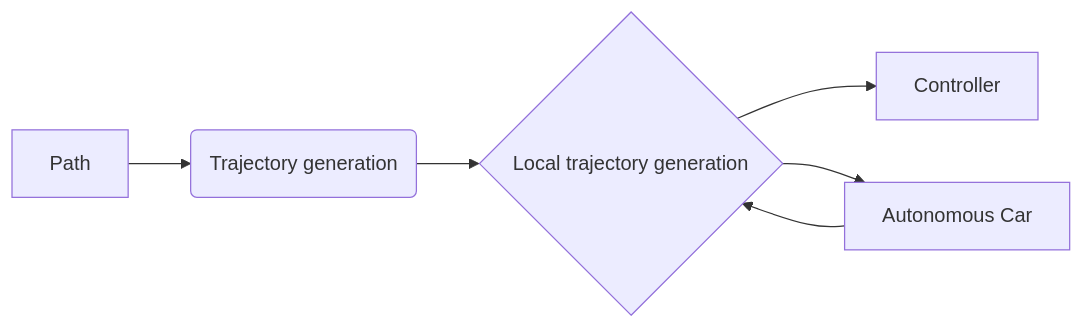
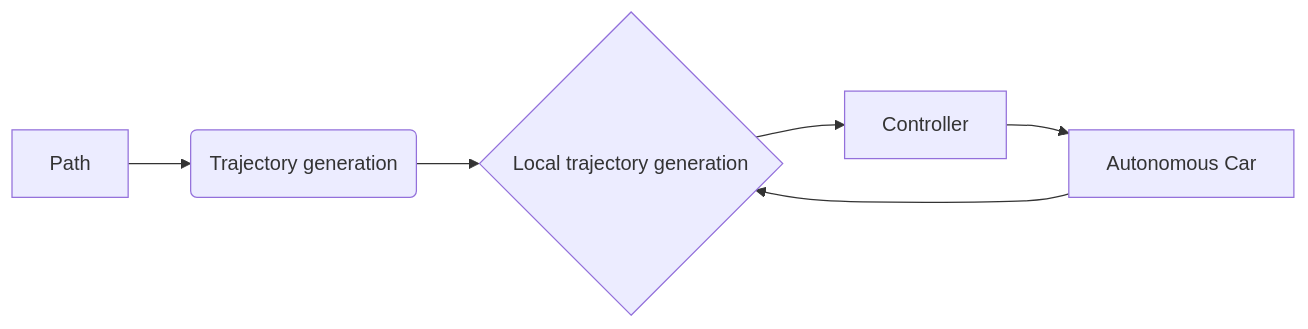
The diagram in README.md (duynamrcv/car_tracking), drawn with Mermaid before and after one commit.

Commit message:
Add structure

````diff
--- a/README.md
+++ b/README.md
@@ -3,8 +3,8 @@
 ```mermaid
 flowchart LR
     A[Path] --> B(Trajectory generation)
     B --> C{Local trajectory generation}
     C --> D[Controller]
-    C --> E[Autonomous Car]
+    D --> E[Autonomous Car]
     E --> C
 ```
````
